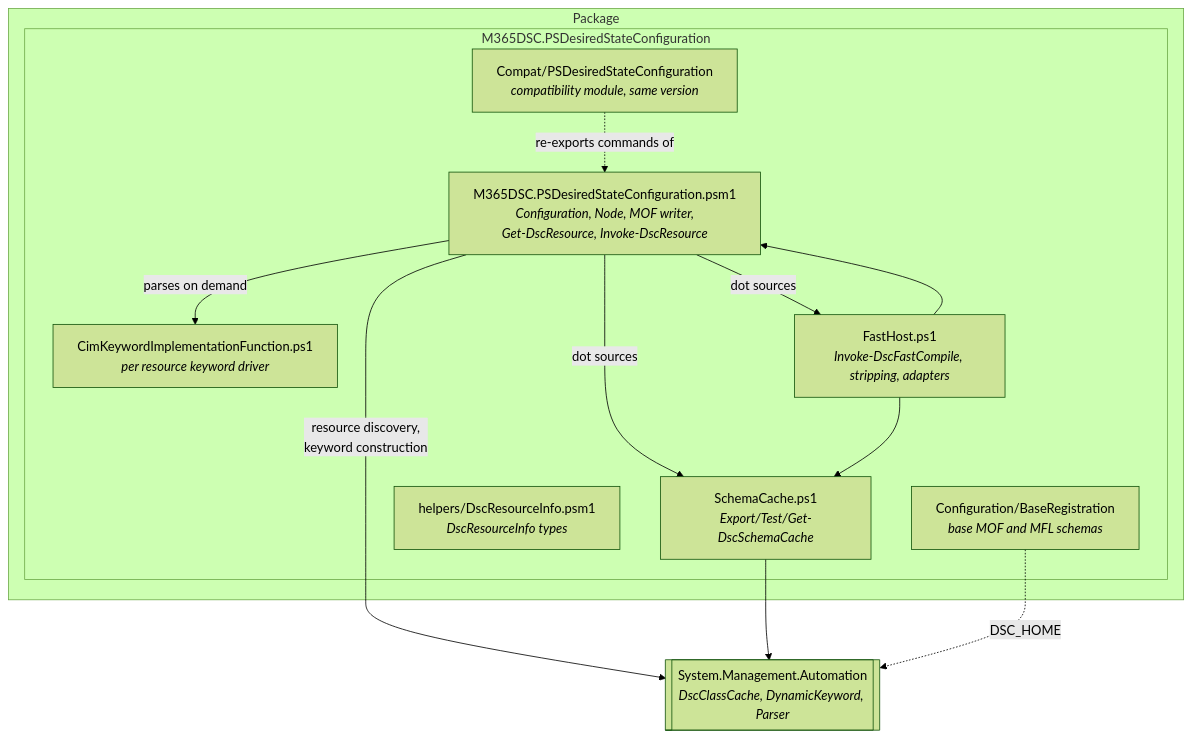
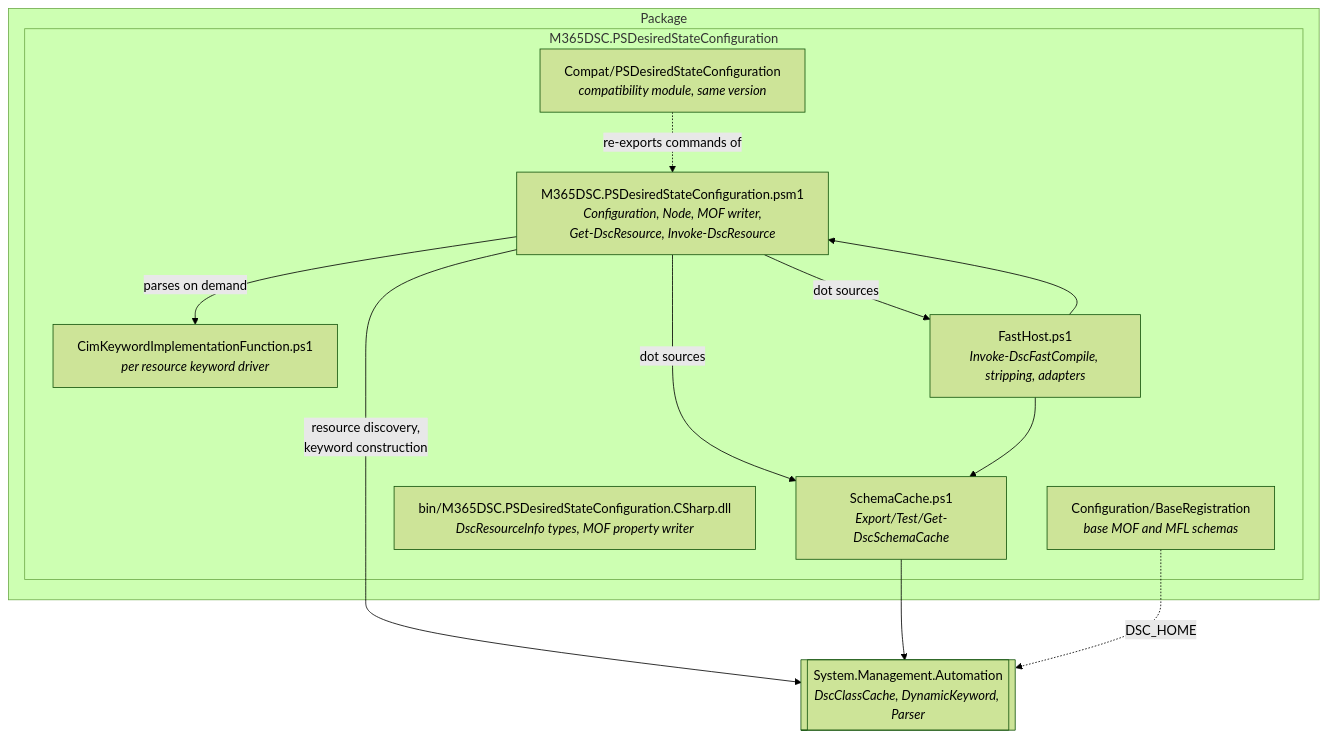
The first of 7 diagrams in docs/Architecture.md (Microsoft365DSC/PSDesiredStateConfiguration), drawn with Mermaid (forest theme) before and after one commit. The commit also changed other lines of this file and 6 other files, not shown here.

Commit message:
Ship the DscResourceInfo types in the module assembly

````diff
--- a/docs/Architecture.md
+++ b/docs/Architecture.md
@@ -68,25 +68,25 @@
 ```mermaid
 flowchart TB
     subgraph pkg["Package"]
         subgraph engine["M365DSC.PSDesiredStateConfiguration"]
             psm1["M365DSC.PSDesiredStateConfiguration.psm1<br/><i>Configuration, Node, MOF writer,<br/>Get-DscResource, Invoke-DscResource</i>"]
             driver["CimKeywordImplementationFunction.ps1<br/><i>per resource keyword driver</i>"]
             fast["FastHost.ps1<br/><i>Invoke-DscFastCompile, stripping, adapters</i>"]
             cache["SchemaCache.ps1<br/><i>Export/Test/Get-DscSchemaCache</i>"]
-            helper["helpers/DscResourceInfo.psm1<br/><i>DscResourceInfo types</i>"]
+            assembly["bin/M365DSC.PSDesiredStateConfiguration.CSharp.dll<br/><i>DscResourceInfo types, MOF property writer</i>"]
             base["Configuration/BaseRegistration<br/><i>base MOF and MFL schemas</i>"]
             compat["Compat/PSDesiredStateConfiguration<br/><i>compatibility module, same version</i>"]
         end
     end
     sma[["System.Management.Automation<br/><i>DscClassCache, DynamicKeyword, Parser</i>"]]
 
     psm1 -->|"dot sources"| cache
     psm1 -->|"dot sources"| fast
     psm1 -->|"parses on demand"| driver
     fast --> cache
     fast --> psm1
     compat -.->|"re-exports commands of"| psm1
     psm1 -->|"resource discovery,<br/>keyword construction"| sma
     cache --> sma
     base -.->|"DSC_HOME"| sma
 ```
````
